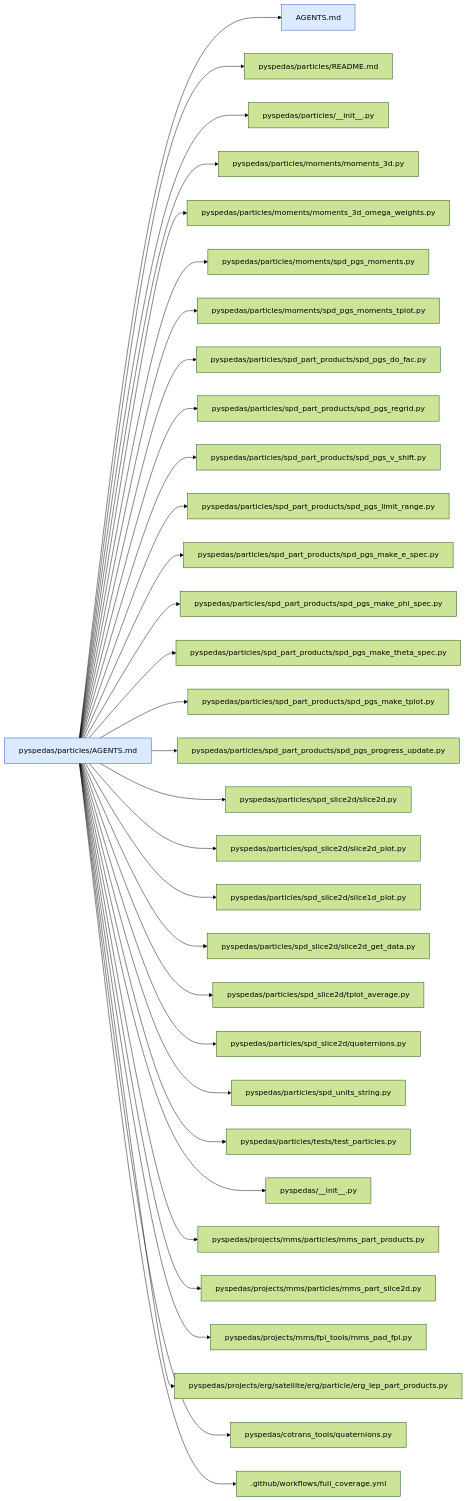
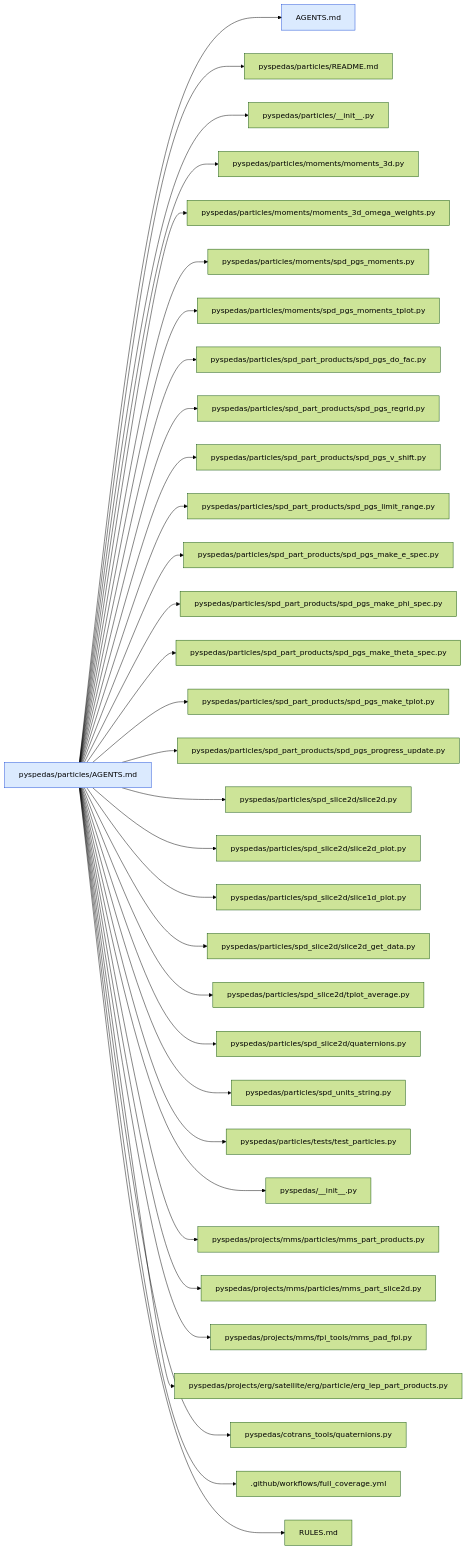
The eighth of 44 diagrams in .agents/map/MAP.md (spedas/pyspedas), drawn with Mermaid (forest theme) before and after one commit. The commit also changed other lines of this file and 75 other files, not shown here.

````diff
--- a/.agents/map/MAP.md
+++ b/.agents/map/MAP.md
@@ -391,37 +430,38 @@
 ```mermaid
 graph LR
   classDef agents fill:#dbeafe,stroke:#1d4ed8
   classDef missing fill:#fee2e2,stroke:#b91c1c,stroke-dasharray:4
   self["pyspedas/particles/AGENTS.md"]:::agents
   self --> r0["AGENTS.md"]:::agents
   self --> r1["pyspedas/particles/README.md"]
   self --> r2["pyspedas/particles/__init__.py"]
   self --> r3["pyspedas/particles/moments/moments_3d.py"]
   self --> r4["pyspedas/particles/moments/moments_3d_omega_weights.py"]
   self --> r5["pyspedas/particles/moments/spd_pgs_moments.py"]
   self --> r6["pyspedas/particles/moments/spd_pgs_moments_tplot.py"]
   self --> r7["pyspedas/particles/spd_part_products/spd_pgs_do_fac.py"]
   self --> r8["pyspedas/particles/spd_part_products/spd_pgs_regrid.py"]
   self --> r9["pyspedas/particles/spd_part_products/spd_pgs_v_shift.py"]
   self --> r10["pyspedas/particles/spd_part_products/spd_pgs_limit_range.py"]
   self --> r11["pyspedas/particles/spd_part_products/spd_pgs_make_e_spec.py"]
   self --> r12["pyspedas/particles/spd_part_products/spd_pgs_make_phi_spec.py"]
   self --> r13["pyspedas/particles/spd_part_products/spd_pgs_make_theta_spec.py"]
   self --> r14["pyspedas/particles/spd_part_products/spd_pgs_make_tplot.py"]
   self --> r15["pyspedas/particles/spd_part_products/spd_pgs_progress_update.py"]
   self --> r16["pyspedas/particles/spd_slice2d/slice2d.py"]
   self --> r17["pyspedas/particles/spd_slice2d/slice2d_plot.py"]
   self --> r18["pyspedas/particles/spd_slice2d/slice1d_plot.py"]
   self --> r19["pyspedas/particles/spd_slice2d/slice2d_get_data.py"]
   self --> r20["pyspedas/particles/spd_slice2d/tplot_average.py"]
   self --> r21["pyspedas/particles/spd_slice2d/quaternions.py"]
   self --> r22["pyspedas/particles/spd_units_string.py"]
   self --> r23["pyspedas/particles/tests/test_particles.py"]
   self --> r24["pyspedas/__init__.py"]
   self --> r25["pyspedas/projects/mms/particles/mms_part_products.py"]
   self --> r26["pyspedas/projects/mms/particles/mms_part_slice2d.py"]
   self --> r27["pyspedas/projects/mms/fpi_tools/mms_pad_fpi.py"]
   self --> r28["pyspedas/projects/erg/satellite/erg/particle/erg_lep_part_products.py"]
   self --> r29["pyspedas/cotrans_tools/quaternions.py"]
   self --> r30[".github/workflows/full_coverage.yml"]
+  self --> r31["RULES.md"]
 ```
````
